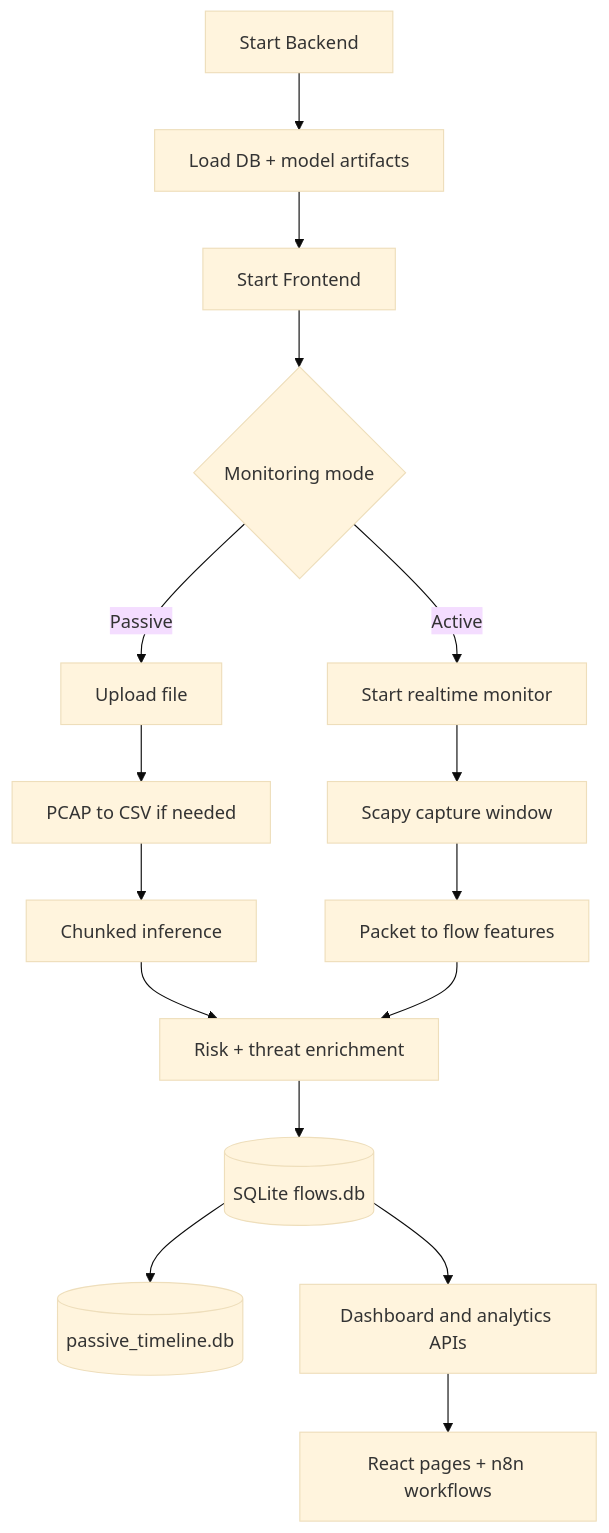
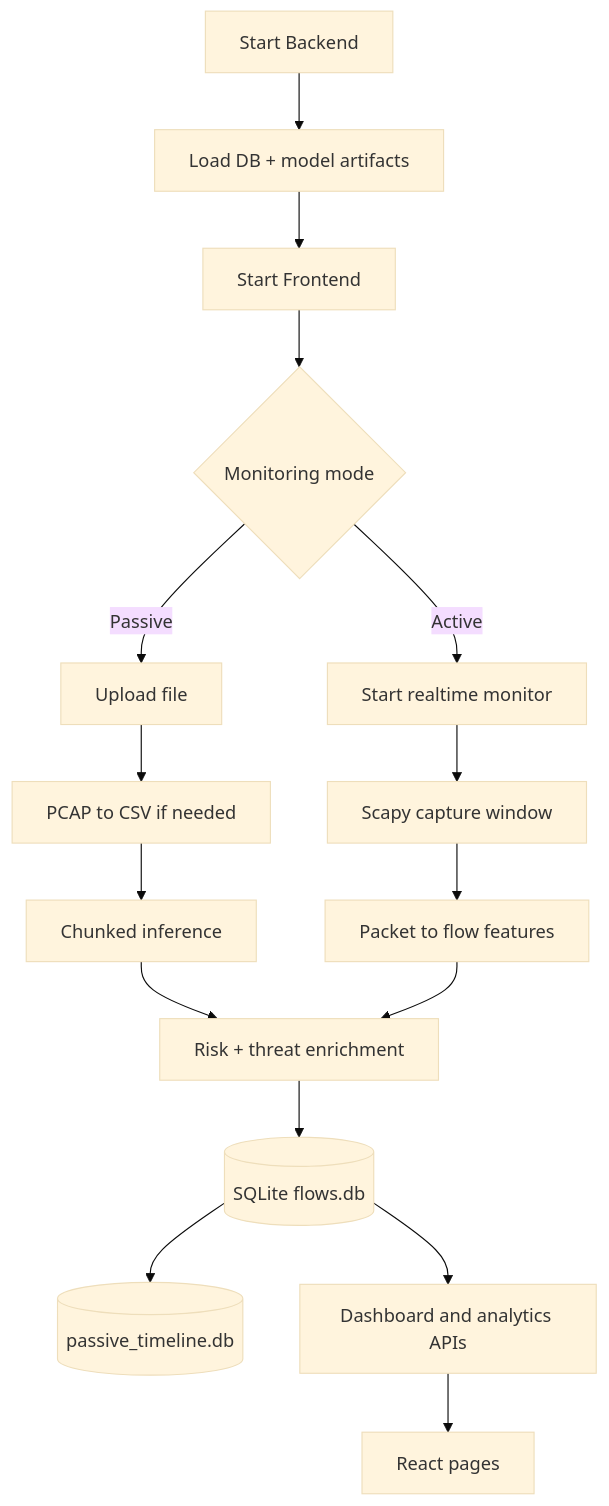
One commit to nalintern2026/nal changed the diagram in docs/07_execution.md. Above: the diagram before and after it, drawn with Mermaid (base theme). The commit also changed other lines of this file and 53 other files, not shown here.

````diff
--- a/docs/07_execution.md
+++ b/docs/07_execution.md
@@ -55,18 +55,18 @@
 ```mermaid
 flowchart TD
   A[Start Backend] --> B[Load DB + model artifacts]
   B --> C[Start Frontend]
   C --> D{Monitoring mode}
   D -->|Passive| E[Upload file]
   D -->|Active| F[Start realtime monitor]
   E --> G[PCAP to CSV if needed]
   G --> H[Chunked inference]
   F --> I[Scapy capture window]
   I --> J[Packet to flow features]
   H --> K[Risk + threat enrichment]
   J --> K
   K --> L[(SQLite flows.db)]
   L --> O[(passive_timeline.db)]
   L --> M[Dashboard and analytics APIs]
-  M --> N[React pages + n8n workflows]
+  M --> N[React pages]
 ```
````
